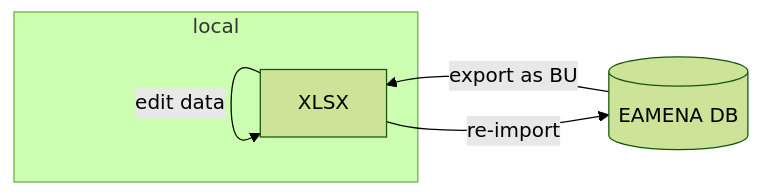
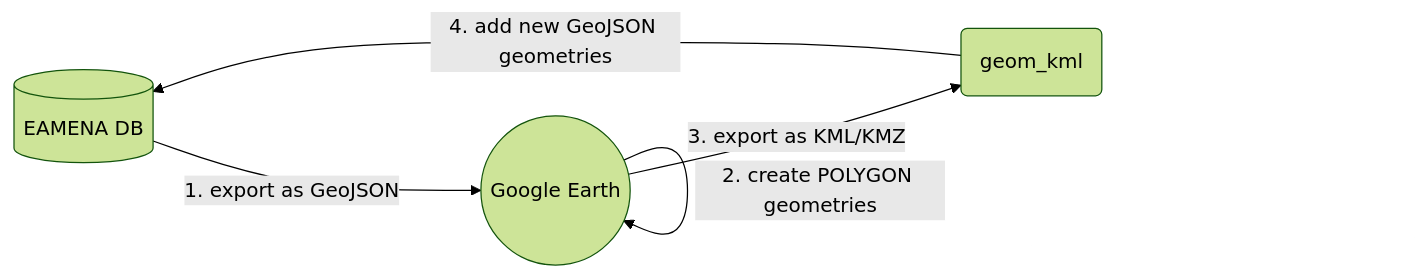
Before and after one commit to eamena-project/eamena-arches-dev: the diagram in data/bulk/temp.md, drawn with Mermaid (forest theme). The commit also changed other lines of this file and 5 other files, not shown here.

Commit message:
GeoJSON + KML

````diff
--- a/data/bulk/temp.md
+++ b/data/bulk/temp.md
@@ -9,8 +5,7 @@
 ```mermaid
-flowchart RL
-    A[(EAMENA DB)] --export as BU--> B[XLSX];
-    subgraph local
-    B --edit data--> B;
-    end
-    B --re-import--> A;
+flowchart LR
+    A[(EAMENA DB)] --1. export as GeoJSON--> B[GeoJSON file];
+    B((Google Earth)) --2. create POLYGON geometries--> B;
+    B --3. export as KML/KMZ--> C(geom_kml);
+    C --4. add new GeoJSON geometries--> A;
 ```
````
